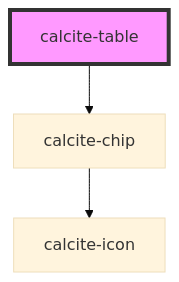
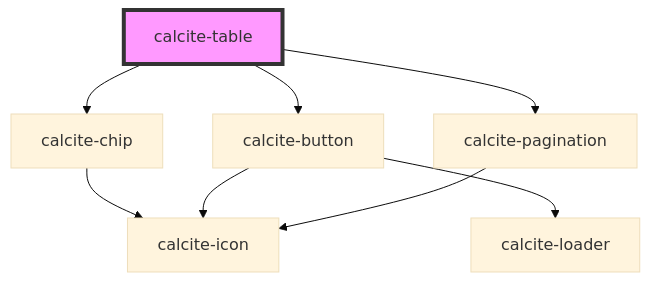
The diagram in packages/calcite-components/src/components/table/readme.md (vikivakarvc/calcite-design-system), drawn with Mermaid (base theme) before and after one commit. The commit also changed other lines of this file and 91 other files, not shown here.

````diff
--- a/packages/calcite-components/src/components/table/readme.md
+++ b/packages/calcite-components/src/components/table/readme.md
@@ -41,6 +156,11 @@
 ```mermaid
 graph TD;
   calcite-table --> calcite-chip
+  calcite-table --> calcite-button
+  calcite-table --> calcite-pagination
   calcite-chip --> calcite-icon
+  calcite-button --> calcite-loader
+  calcite-button --> calcite-icon
+  calcite-pagination --> calcite-icon
   style calcite-table fill:#f9f,stroke:#333,stroke-width:4px
 ```
````
